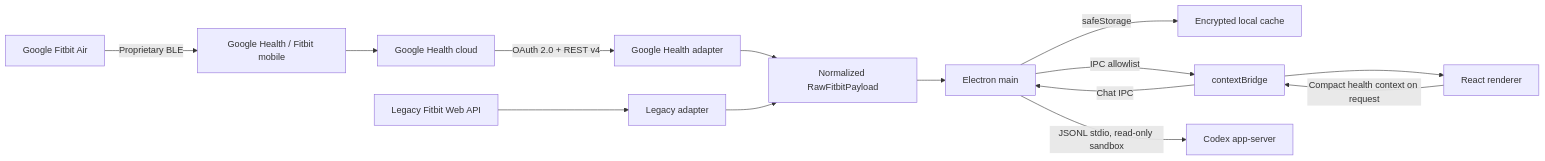
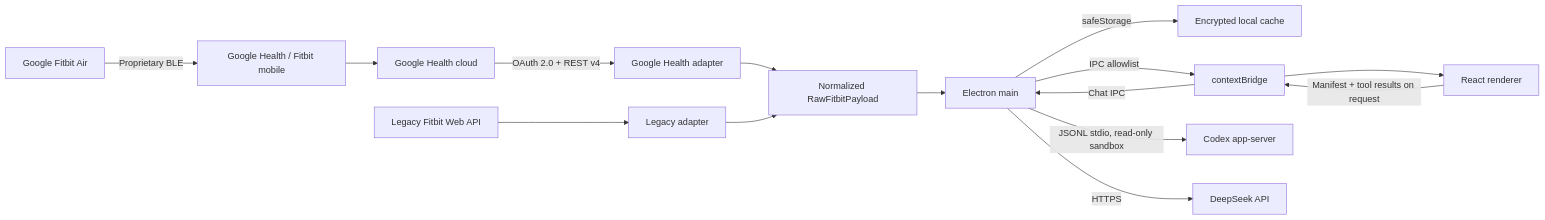
One commit to whitemankpi/openfit changed the diagram in docs/ARCHITECTURE.md. Above: the diagram before and after it, drawn with Mermaid. The commit also changed other lines of this file and 3 other files, not shown here.

````diff
--- a/docs/ARCHITECTURE.md
+++ b/docs/ARCHITECTURE.md
@@ -15,16 +15,17 @@
 ```mermaid
 flowchart LR
     Air["Google Fitbit Air"] -->|Proprietary BLE| Mobile["Google Health / Fitbit mobile"]
     Mobile --> Cloud["Google Health cloud"]
     Cloud -->|OAuth 2.0 + REST v4| GHA["Google Health adapter"]
     Legacy["Legacy Fitbit Web API"] --> FBA["Legacy adapter"]
     GHA --> Contract["Normalized RawFitbitPayload"]
     FBA --> Contract
     Contract --> Main["Electron main"]
     Main -->|safeStorage| Cache["Encrypted local cache"]
     Main -->|IPC allowlist| Preload["contextBridge"]
     Preload --> Renderer["React renderer"]
-    Renderer -->|Compact health context on request| Preload
+    Renderer -->|Manifest + tool results on request| Preload
     Preload -->|Chat IPC| Main
     Main -->|JSONL stdio, read-only sandbox| Codex["Codex app-server"]
+    Main -->|HTTPS| DeepSeek["DeepSeek API"]
 ```
````
